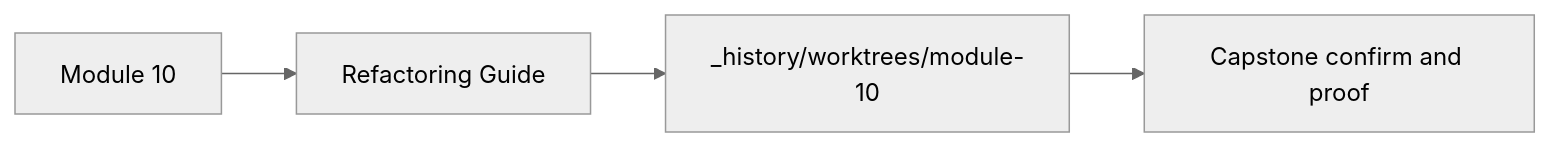
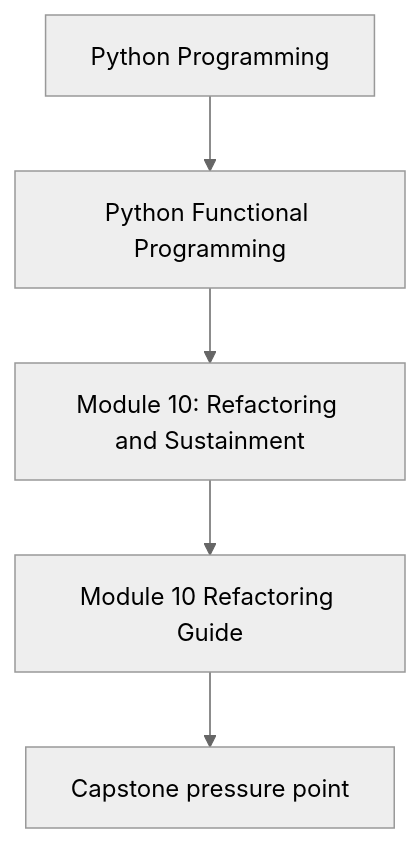
Before and after one commit to bijux/bijux-masterclass: the first of 2 diagrams in programs/python-programming/python-functional-programming/course-book/module-10-refactoring-and-sustainment/refactoring-guide.md, drawn with Mermaid (neutral theme). The commit also changed other lines of this file and 118 other files, not shown here.

Commit message:
docs(python-functional-programming): align concept page diagrams

````diff
--- a/programs/python-programming/python-functional-programming/course-book/module-10-refactoring-and-sustainment/refactoring-guide.md
+++ b/programs/python-programming/python-functional-programming/course-book/module-10-refactoring-and-sustainment/refactoring-guide.md
@@ -7,6 +7,7 @@
 ```mermaid
-graph LR
-  module["Module 10"] --> guide["Refactoring Guide"]
-  guide --> worktree["_history/worktrees/module-10"]
-  worktree --> proof["Capstone confirm and proof"]
+flowchart TD
+  family["Python Programming"] --> program["Python Functional Programming"]
+  program --> module["Module 10: Refactoring and Sustainment"]
+  module --> concept["Module 10 Refactoring Guide"]
+  concept --> capstone["Capstone pressure point"]
 ```
````
